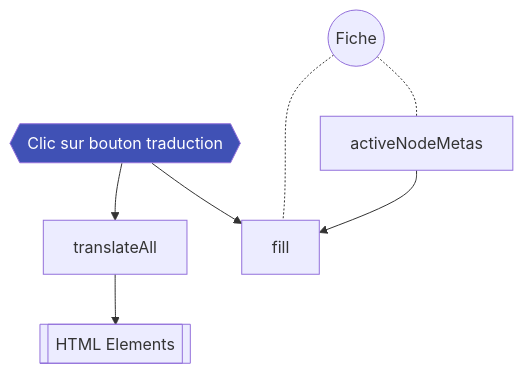
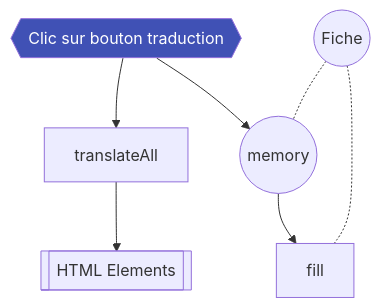
Before and after one commit to graphlab-fr/opensphere-web-app: the diagram in docs/modifier traduction.md, drawn with Mermaid. The commit also changed 3 other files, not shown here.

````diff
--- a/docs/modifier traduction.md
+++ b/docs/modifier traduction.md
@@ -65,11 +65,11 @@
 ```mermaid
 graph TD
     evtclick{{Clic sur bouton traduction}} --> fx_translate[translateAll]
     obj_fiche((Fiche)) -.- fx_fill[fill]
-    obj_fiche -.- activeNodeMetas[activeNodeMetas]
-    activeNodeMetas --> fx_fill
-    evtclick --> fx_fill
+    obj_fiche -.- memory((memory))
+    memory --> fx_fill
+    evtclick --> memory
     fx_translate --> html[[HTML Elements]]
 
     style evtclick fill:#4051b5,color:#fff
 ```
````
